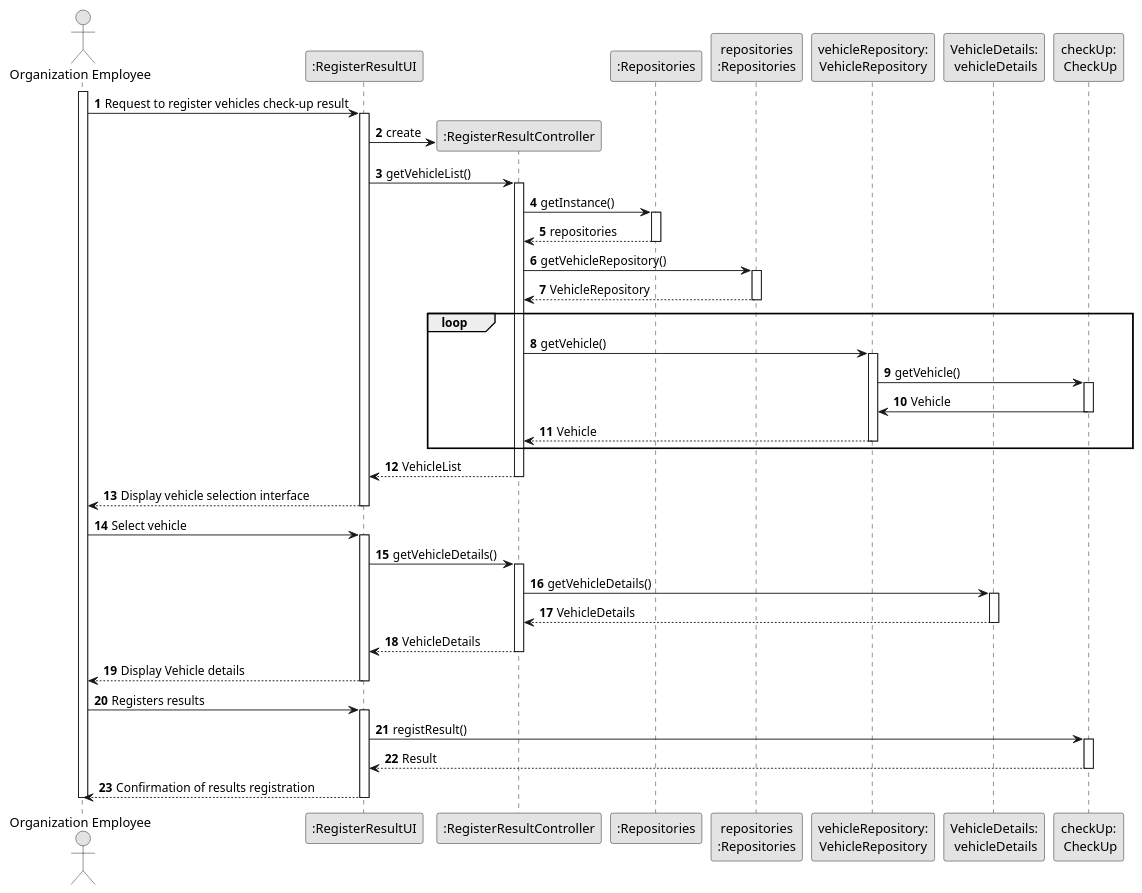
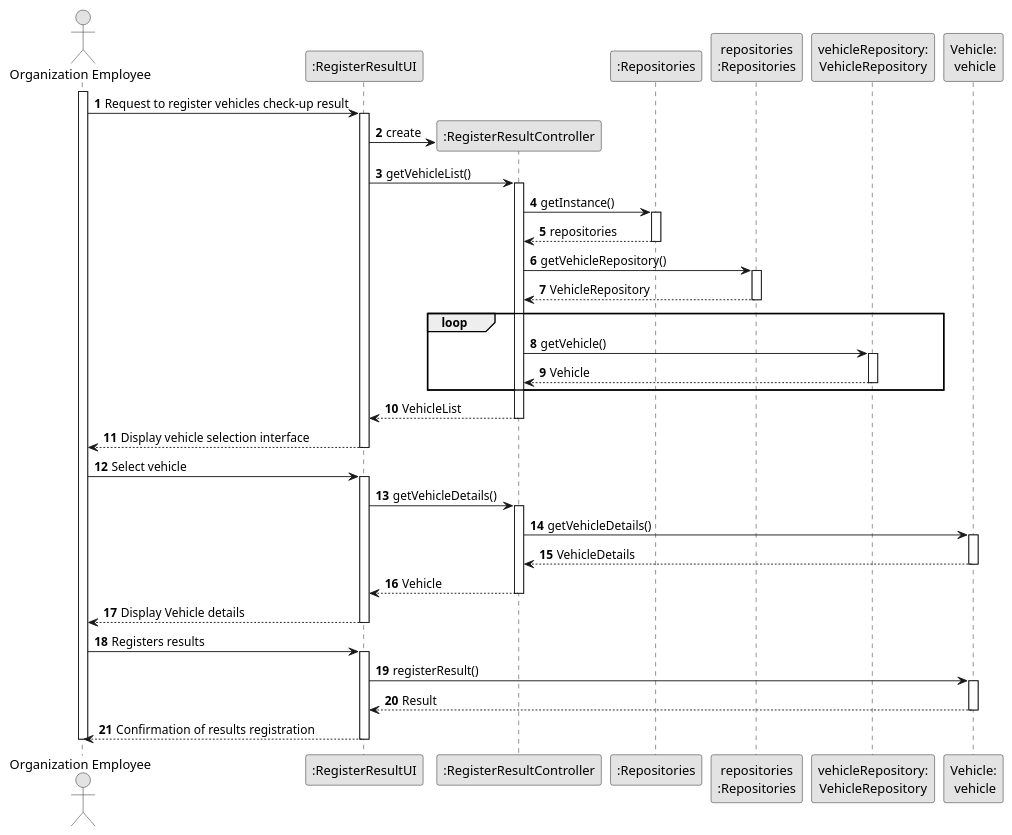
One commit to Departamento-de-Engenharia-Informatica/lei-24-s2-1df-1de-g063 changed the diagram in Sprint B/docs/SprintB/us007/03.design/puml/us007-sequence-diagram-full.puml. Above: the diagram before and after it, drawn with PlantUML. The commit also changed 4 other files, not shown here.

Commit message:
Class diagrams US7 US8

```diff
--- a/Sprint B/docs/SprintB/us007/03.design/puml/us007-sequence-diagram-full.puml
+++ b/Sprint B/docs/SprintB/us007/03.design/puml/us007-sequence-diagram-full.puml
@@ -1,92 +1,84 @@
 @startuml
 skinparam monochrome true
 skinparam packageStyle rectangle
 skinparam shadowing false
 
 autonumber
 
 'hide footbox
 actor "Organization Employee" as ADM
 participant ":RegisterResultUI" as UI
 participant ":RegisterResultController" as CTRL
 participant ":Repositories" as RepositorySingleton
 participant "repositories\n:Repositories" as PLAT
 participant "vehicleRepository:\nVehicleRepository" as VehicleRepository
-participant "VehicleDetails:\n vehicleDetails" as VehicleDetails
-participant "checkUp:\n CheckUp" as CheckUp
+participant "Vehicle:\n vehicle" as Vehicle
 activate ADM
 
         ADM -> UI : Request to register vehicles check-up result
 
         activate UI
 
-'            UI --> ADM : requests data (reference, description,  informal \n description, technical description, duration, cost)
-            'create CTRL
             UI -> CTRL** : create
 
             UI -> CTRL : getVehicleList()
             activate CTRL
 
                 CTRL -> RepositorySingleton : getInstance()
                 activate RepositorySingleton
 
                     RepositorySingleton --> CTRL: repositories
                 deactivate RepositorySingleton
 
                 CTRL -> PLAT : getVehicleRepository()
                 activate PLAT
 
                     PLAT --> CTRL: VehicleRepository
                 deactivate PLAT
                 loop
                     CTRL -> VehicleRepository : getVehicle()
                     activate VehicleRepository
 
-                        VehicleRepository -> CheckUp :getVehicle()
-                            activate CheckUp
-
-                            CheckUp -> VehicleRepository :Vehicle
-                            deactivate CheckUp
                         VehicleRepository --> CTRL : Vehicle
                     deactivate VehicleRepository
                 end
 
                 CTRL --> UI : VehicleList
             deactivate CTRL
 
             UI --> ADM : Display vehicle selection interface
         deactivate UI
 
     ADM -> UI : Select vehicle
     activate UI
 
         UI -> CTRL : getVehicleDetails()
         activate CTRL
 
-            CTRL -> VehicleDetails : getVehicleDetails()
-            activate VehicleDetails
+            CTRL -> Vehicle : getVehicleDetails()
+            activate Vehicle
 
-                VehicleDetails --> CTRL : VehicleDetails
-            deactivate VehicleDetails
+                Vehicle --> CTRL : VehicleDetails
+            deactivate Vehicle
 
-        CTRL --> UI : VehicleDetails
+        CTRL --> UI : Vehicle
         deactivate CTRL
         UI --> ADM : Display Vehicle details
     deactivate UI
 
     ADM -> UI : Registers results
     activate UI
 
-        UI -> CheckUp : registResult()
-        activate CheckUp
+        UI -> Vehicle : registerResult()
+        activate Vehicle
 
-        CheckUp --> UI : Result
-        deactivate CheckUp
+        Vehicle --> UI : Result
+        deactivate Vehicle
         UI --> ADM : Confirmation of results registration
     deactivate UI
 
 
 
 deactivate ADM
 
 @enduml
```
